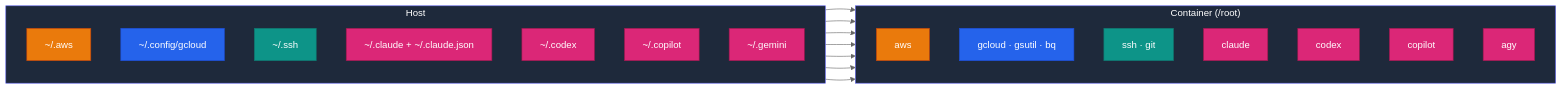
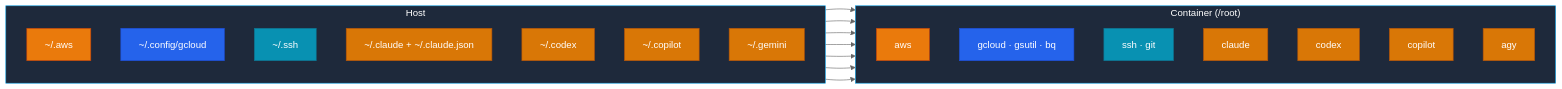
Before and after one commit to jinalshah/devops-images: the diagram in docs/use-images/authentication.md, drawn with Mermaid (neutral theme). The commit also changed 29 other files, not shown here.

````diff
--- a/docs/use-images/authentication.md
+++ b/docs/use-images/authentication.md
@@ -43,41 +43,41 @@
 ```mermaid
 flowchart LR
   subgraph Host
     direction TB
     HA["~/.aws"]
     HG["~/.config/gcloud"]
     HS["~/.ssh"]
     HC["~/.claude + ~/.claude.json"]
     HX["~/.codex"]
     HP["~/.copilot"]
     HM["~/.gemini"]
   end
   subgraph Container["Container (/root)"]
     direction TB
     CA["aws"]
     CG["gcloud · gsutil · bq"]
     CS["ssh · git"]
     CC["claude"]
     CX["codex"]
     CP["copilot"]
     CM["agy"]
   end
   HA --> CA
   HG --> CG
   HS --> CS
   HC --> CC
   HX --> CX
   HP --> CP
   HM --> CM
 
   classDef aws fill:#ea7a0c,stroke:#c2410c,color:#fff
   classDef gcp fill:#2563eb,stroke:#1d4ed8,color:#fff
-  classDef base fill:#0d9488,stroke:#0f766e,color:#fff
-  classDef ai fill:#db2777,stroke:#9d174d,color:#fff
+  classDef base fill:#0891b2,stroke:#0e7490,color:#fff
+  classDef ai fill:#d97706,stroke:#b45309,color:#fff
   class HA,CA aws
   class HG,CG gcp
   class HS,CS base
   class HC,HX,HP,HM,CC,CX,CP,CM ai
-  style Host fill:#1e293b,stroke:#6366f1,color:#fff
-  style Container fill:#1e293b,stroke:#6366f1,color:#fff
+  style Host fill:#1e293b,stroke:#0ea5e9,color:#fff
+  style Container fill:#1e293b,stroke:#0ea5e9,color:#fff
 ```
````
